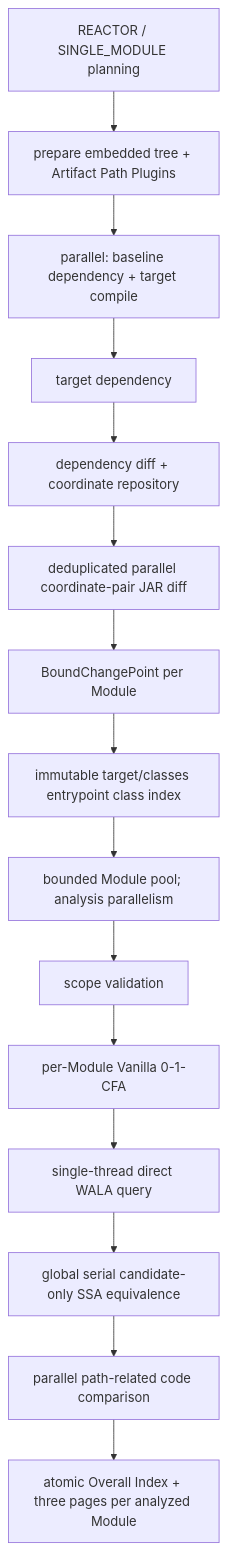
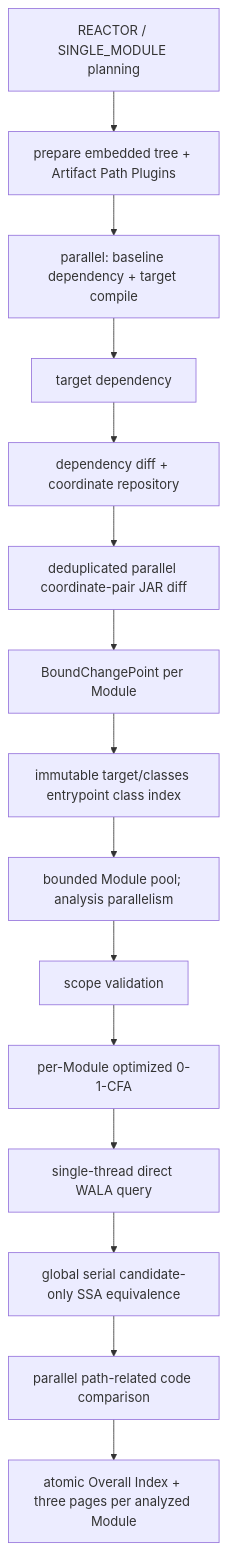
The diagram in wiki/architecture/dependency-analysis-pipelines.md (ymyii/change-impact-analyze), drawn with Mermaid before and after one commit. The commit also changed other lines of this file and 10 other files, not shown here.

````diff
--- a/wiki/architecture/dependency-analysis-pipelines.md
+++ b/wiki/architecture/dependency-analysis-pipelines.md
@@ -32,17 +32,17 @@
 ```mermaid
 flowchart TD
   Scope["REACTOR / SINGLE_MODULE planning"] --> Plugin["prepare embedded tree + Artifact Path Plugins"]
   Plugin --> Front
   Front["parallel: baseline dependency + target compile"] --> TargetDep["target dependency"]
   TargetDep --> DepDiff["dependency diff + coordinate repository"]
   DepDiff --> JarDiff["deduplicated parallel coordinate-pair JAR diff"]
   JarDiff --> Bind["BoundChangePoint per Module"]
   Bind --> EntrySelection["immutable target/classes entrypoint class index"]
   EntrySelection --> ModulePool["bounded Module pool; analysis parallelism"]
   ModulePool --> ScopeValidation["scope validation"]
-  ScopeValidation --> CFA["per-Module Vanilla 0-1-CFA"]
+  ScopeValidation --> CFA["per-Module optimized 0-1-CFA"]
   CFA --> Query["single-thread direct WALA query"]
   Query --> SSA["global serial candidate-only SSA equivalence"]
   SSA --> Decompile["parallel path-related code comparison"]
   Decompile --> Report["atomic Overall Index + three pages per analyzed Module"]
 ```
````
